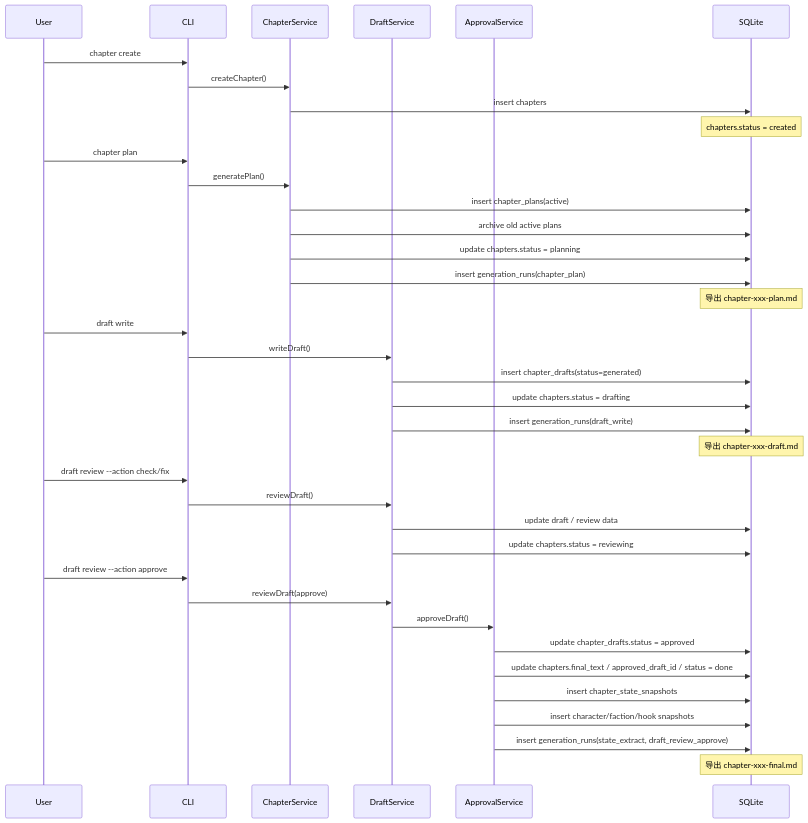
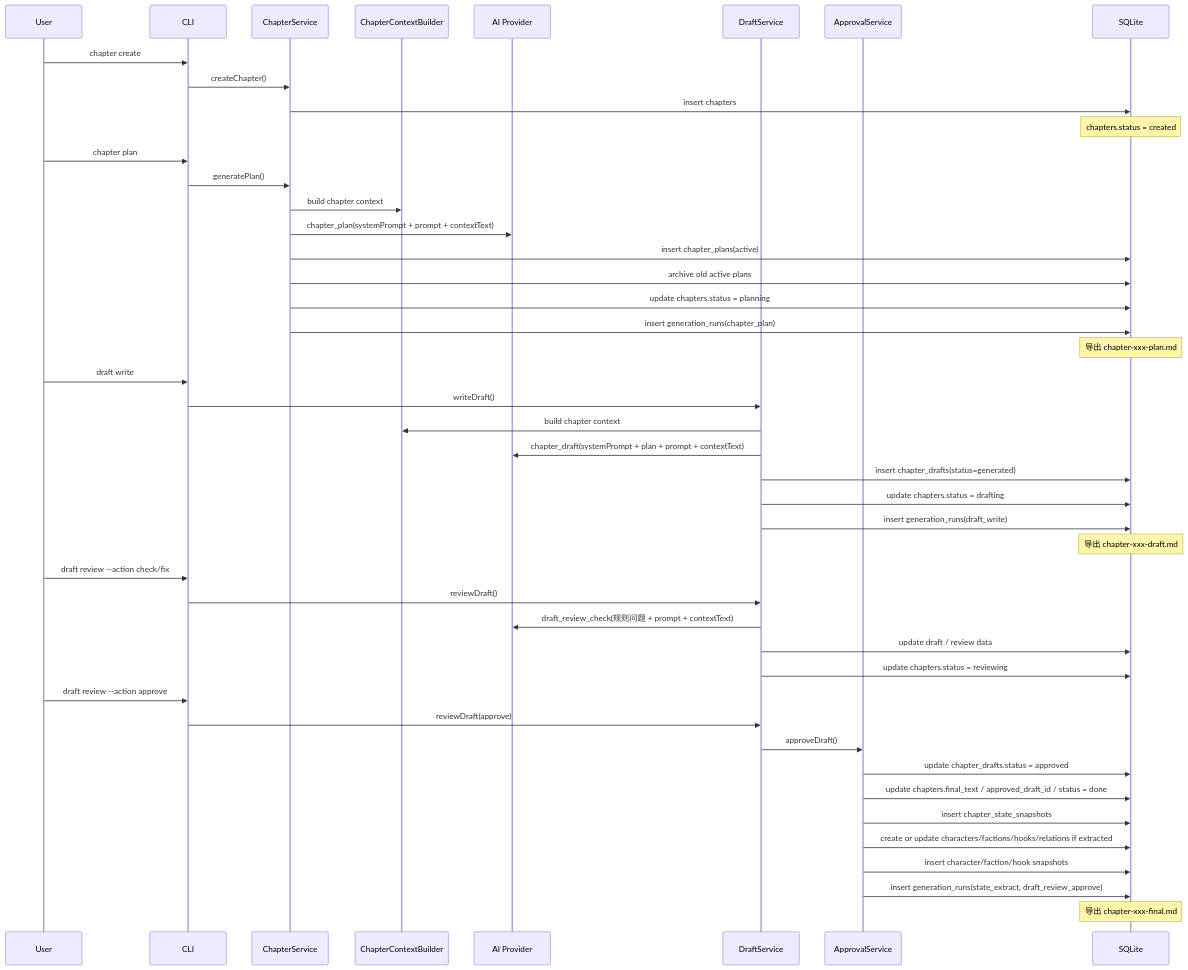
Before and after one commit to housirvip/hai-novel: the third of 7 diagrams in docs/architecture-state-flow.md, drawn with Mermaid. The commit also changed other lines of this file, not shown here.

First line of the commit message:
docs(architecture): 更新架构文档以包含AI输入流程和状态管理细节

````diff
--- a/docs/architecture-state-flow.md
+++ b/docs/architecture-state-flow.md
@@ -205,44 +215,52 @@
 ```mermaid
 sequenceDiagram
   participant U as User
   participant CLI as CLI
   participant CS as ChapterService
+  participant CCB as ChapterContextBuilder
+  participant AI as AI Provider
   participant DS as DraftService
   participant AS as ApprovalService
   participant DB as SQLite
 
   U->>CLI: chapter create
   CLI->>CS: createChapter()
   CS->>DB: insert chapters
   Note over DB: chapters.status = created
 
   U->>CLI: chapter plan
   CLI->>CS: generatePlan()
+  CS->>CCB: build chapter context
+  CS->>AI: chapter_plan(systemPrompt + prompt + contextText)
   CS->>DB: insert chapter_plans(active)
   CS->>DB: archive old active plans
   CS->>DB: update chapters.status = planning
   CS->>DB: insert generation_runs(chapter_plan)
   Note over DB: 导出 chapter-xxx-plan.md
 
   U->>CLI: draft write
   CLI->>DS: writeDraft()
+  DS->>CCB: build chapter context
+  DS->>AI: chapter_draft(systemPrompt + plan + prompt + contextText)
   DS->>DB: insert chapter_drafts(status=generated)
   DS->>DB: update chapters.status = drafting
   DS->>DB: insert generation_runs(draft_write)
   Note over DB: 导出 chapter-xxx-draft.md
 
   U->>CLI: draft review --action check/fix
   CLI->>DS: reviewDraft()
+  DS->>AI: draft_review_check(规则问题 + prompt + contextText)
   DS->>DB: update draft / review data
   DS->>DB: update chapters.status = reviewing
 
   U->>CLI: draft review --action approve
   CLI->>DS: reviewDraft(approve)
   DS->>AS: approveDraft()
   AS->>DB: update chapter_drafts.status = approved
   AS->>DB: update chapters.final_text / approved_draft_id / status = done
   AS->>DB: insert chapter_state_snapshots
+  AS->>DB: create or update characters/factions/hooks/relations if extracted
   AS->>DB: insert character/faction/hook snapshots
   AS->>DB: insert generation_runs(state_extract, draft_review_approve)
   Note over DB: 导出 chapter-xxx-final.md
 ```
````
